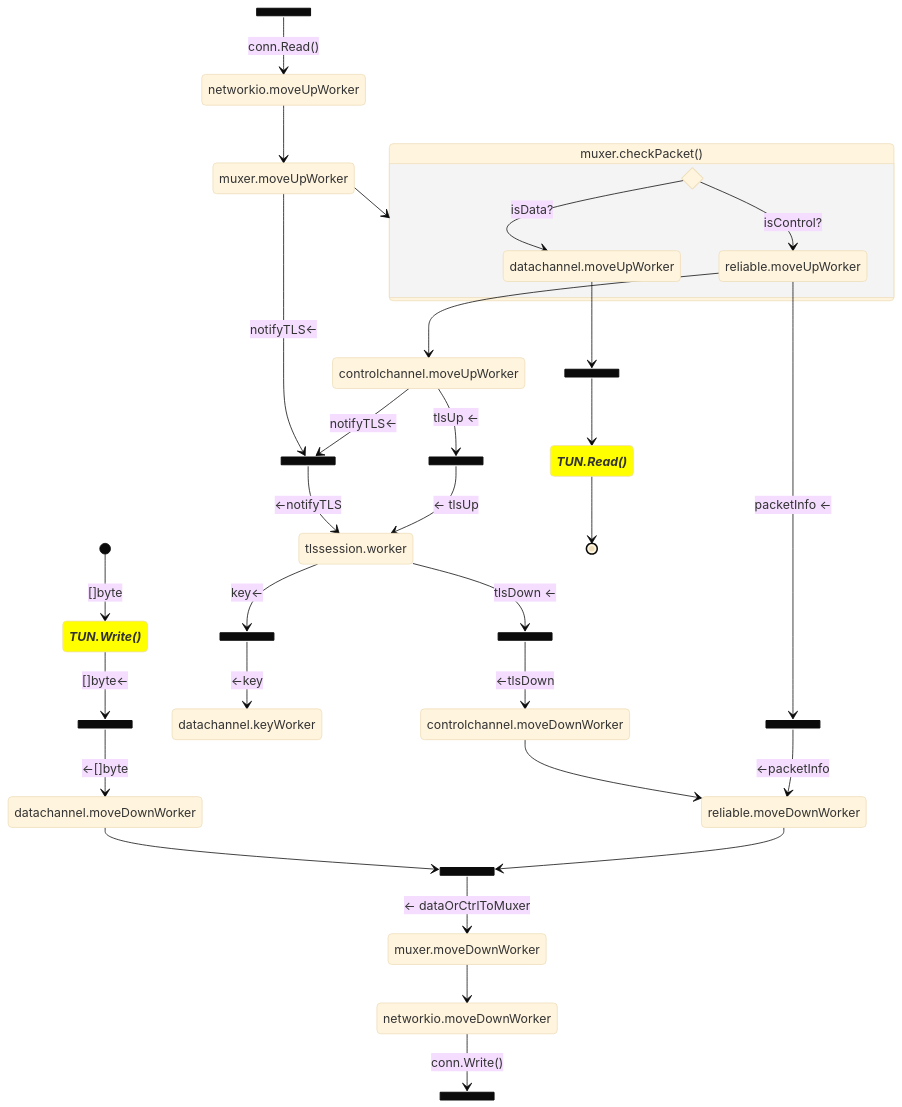
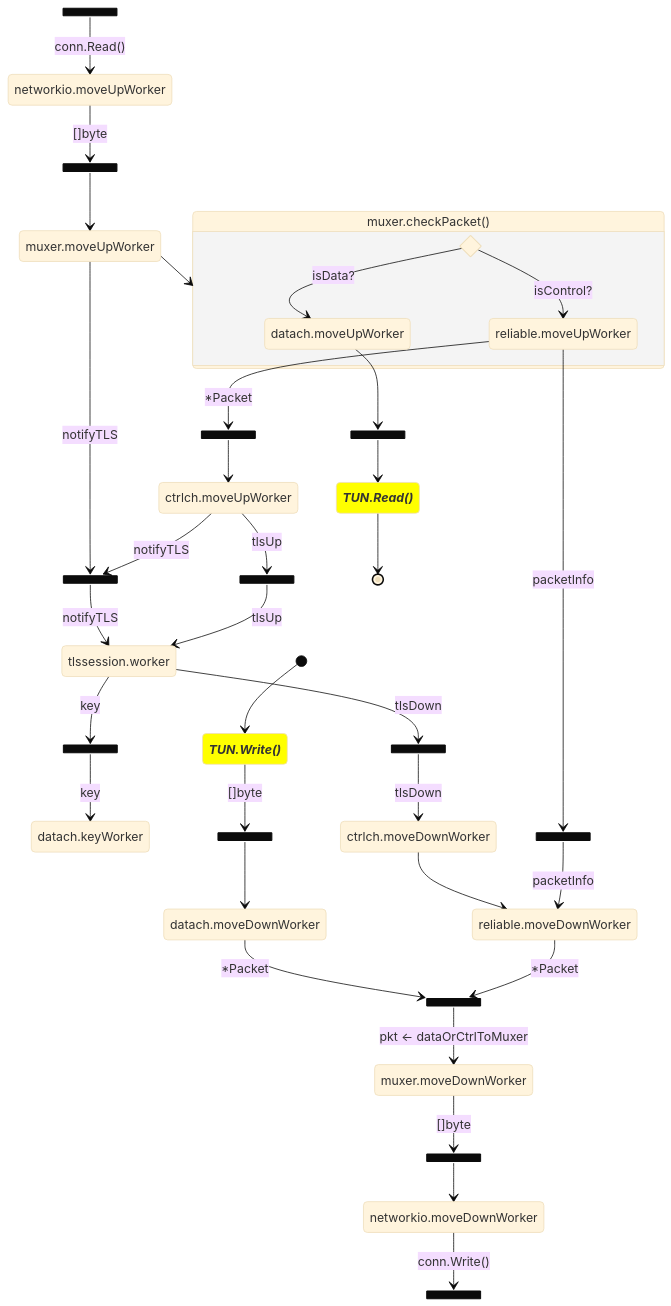
The diagram in ARCHITECTURE.md (ooni/minivpn), drawn with Mermaid (base theme) before and after one commit.

Commit message:
update diagram, all channels represented

````diff
--- a/ARCHITECTURE.md
+++ b/ARCHITECTURE.md
@@ -101,65 +101,77 @@
 ```mermaid
 stateDiagram-v2
+    # you can edit this diagram in https://mermaid.live
+
     classDef tunrw font-style:italic,font-weight:bold,fill:yellow
 
+    # workers
 
     state "TUN.Write()" as tundown
     state "TUN.Read()" as tunup
-    state tunDownCh <<join>>
-    state tunUpCh <<join>>
 
-    state "datachannel.moveDownWorker" as datadown
-    state "datachannel.moveUpWorker" as dataup
-    state "datachannel.keyWorker" as datakey
+    state "datach.moveDownWorker" as datadown
+    state "datach.moveUpWorker" as dataup
+    state "datach.keyWorker" as datakey
 
     state "muxer.moveDownWorker" as muxerdown
+
     state "muxer.moveUpWorker" as muxerup
 
     state "reliable.moveDownWorker" as reliabledown
     state "reliable.moveUpWorker" as reliableup
 
-
- 
-    state "controlchannel.moveDownWorker" as controldown
-    state "controlchannel.moveUpWorker" as controlup
+    state "ctrlch.moveDownWorker" as controldown
+    state "ctrlch.moveUpWorker" as controlup
     state "tlssession.worker" as tls
 
     state "networkio.moveDownWorker" as networkdown
     state "networkio.moveUpWorker" as networkup
+
+    # channels
+
+    state tunDownCh <<join>>
+    state tunUpCh <<join>>
+    state muxerToNetwork <<join>>
+    state networkToMuxer <<join>>
+
 
     state dataOrCtrlToMuxer <<join>>
     state tlsRecordUp <<join>>
     state tlsRecordDown <<join>>
     state newkey <<join>>
 
+    state reliableToControl <<join>>
+    state packetInfo <<join>>
     state notifytls <<join>>
 
     state internetout <<join>>
     state internetin <<join>>
 
-    # we begin with writes to the TUN interface
+    #
+    # we begin our journey with writes to the TUN interface
     # (going down)
+    #
 
-    [*] --> tundown : []byte
-    tundown:::tunrw --> tunDownCh : []byte<-
-    tunDownCh --> datadown : <-[]byte
+    [*] --> tundown 
+    tundown:::tunrw --> tunDownCh : []byte
+    tunDownCh --> datadown 
 
+    datadown --> dataOrCtrlToMuxer : *Packet
+    reliabledown --> dataOrCtrlToMuxer : *Packet
 
-    datadown --> dataOrCtrlToMuxer
-    reliabledown --> dataOrCtrlToMuxer
-
-    dataOrCtrlToMuxer --> muxerdown: <- dataOrCtrlToMuxer
-    muxerdown --> networkdown
+    dataOrCtrlToMuxer --> muxerdown: pkt <- dataOrCtrlToMuxer
+    muxerdown --> muxerToNetwork : []byte
+    muxerToNetwork --> networkdown
 
     controldown --> reliabledown 
 
     networkdown --> internetout: conn.Write()
     internetin --> networkup: conn.Read()
 
-    tls --> tlsRecordDown: tlsDown <-
-    tlsRecordDown --> controldown: <-tlsDown
-    tls --> newkey: key<-
-    newkey --> datakey: <-key
+    tls --> tlsRecordDown: tlsDown
+    tlsRecordDown --> controldown: tlsDown
+    tls --> newkey: key
+    newkey --> datakey: key
     
     muxerup --> muxer.checkPacket() 
 
@@ -171,26 +183,32 @@
         if_data --> dataup: isData?
 
     }
-    
-    muxerup --> notifytls: notifyTLS<-
-    controlup --> notifytls: notifyTLS<-
-    notifytls --> tls: <-notifyTLS
 
-    
-    reliableup --> controlup
+    # second part, we read from the network 
+    # (and go up)
 
-    state packetInfo <<join>>
+    networkup --> networkToMuxer : []byte
+    networkToMuxer --> muxerup 
 
-    reliableup --> packetInfo: packetInfo <-
-    packetInfo --> reliabledown: <-packetInfo
+    muxerup --> notifytls: notifyTLS
+    controlup --> notifytls: notifyTLS
+    notifytls --> tls: notifyTLS
 
-    controlup --> tlsRecordUp: tlsUp <-
-    tlsRecordUp --> tls: <- tlsUp
+    reliableup --> reliableToControl : *Packet
+    reliableToControl --> controlup
 
-    networkup --> muxerup
+
+    reliableup --> packetInfo: packetInfo
+    packetInfo --> reliabledown: packetInfo
+
+    controlup --> tlsRecordUp: tlsUp 
+    tlsRecordUp --> tls: tlsUp
+
 
     # data to tun
     dataup --> tunUpCh
     tunUpCh --> tunup
     tunup:::tunrw --> [*]
+
+
 ```
````
